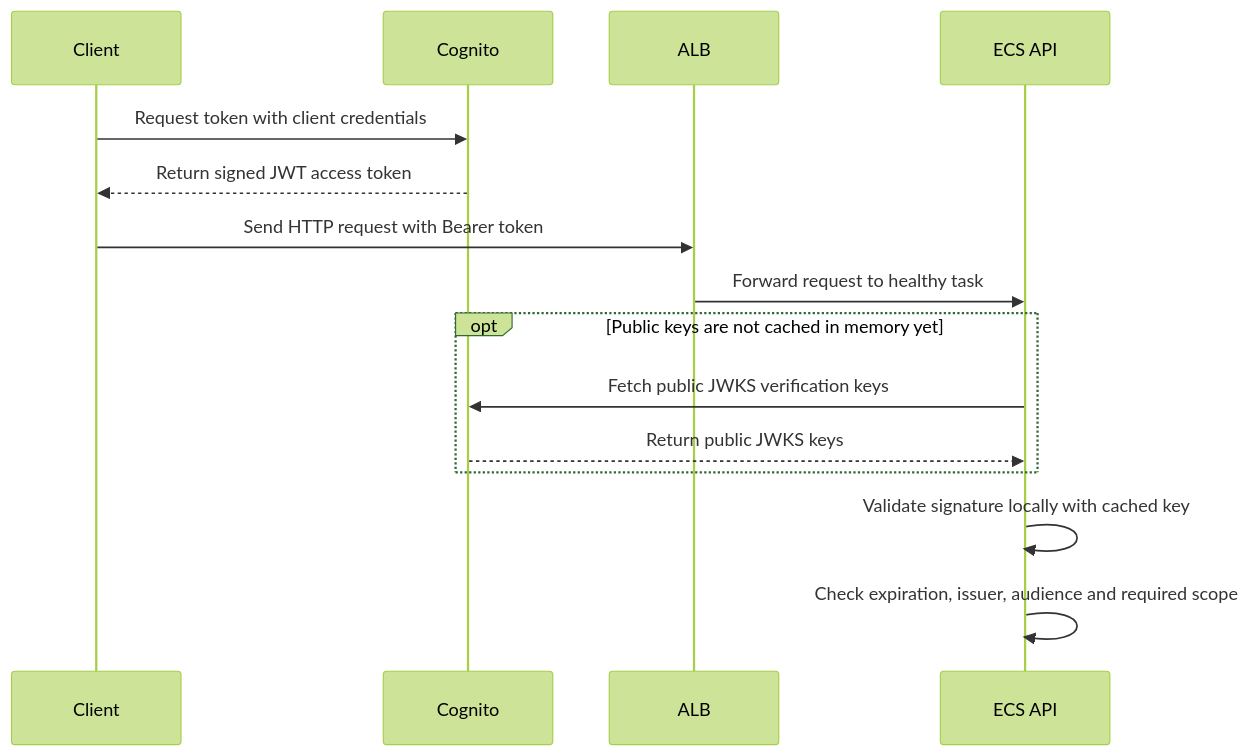
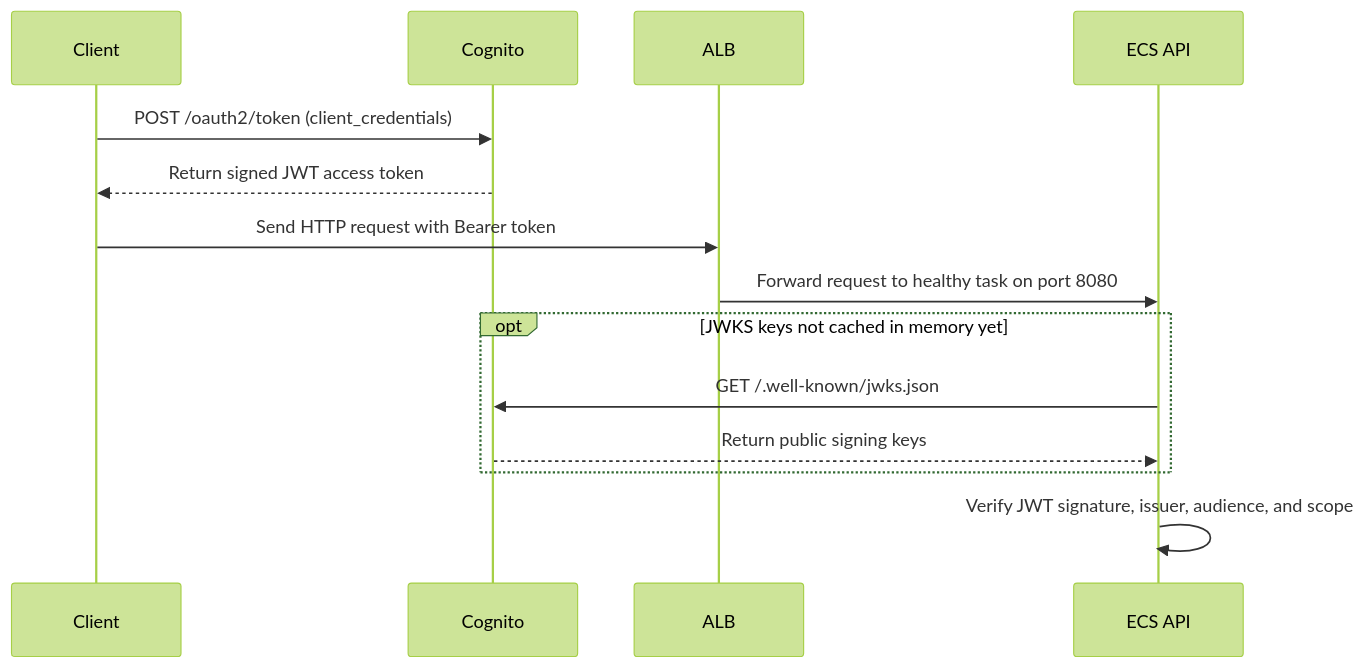
One commit to git-azeez/aw-az-01 changed the first of 8 diagrams in reasoning.md. Above: the diagram before and after it, drawn with Mermaid (forest theme). The commit also changed other lines of this file and 1 other file, not shown here.

````diff
--- a/reasoning.md
+++ b/reasoning.md
@@ -45,18 +45,17 @@
 ```mermaid
 sequenceDiagram
     participant Client
     participant Cognito
     participant ALB
     participant API as ECS API
 
-    Client->>Cognito: Request token with client credentials
+    Client->>Cognito: POST /oauth2/token (client_credentials)
     Cognito-->>Client: Return signed JWT access token
     Client->>ALB: Send HTTP request with Bearer token
-    ALB->>API: Forward request to healthy task
-    opt Public keys are not cached in memory yet
-        API->>Cognito: Fetch public JWKS verification keys
-        Cognito-->>API: Return public JWKS keys
+    ALB->>API: Forward request to healthy task on port 8080
+    opt JWKS keys not cached in memory yet
+        API->>Cognito: GET /.well-known/jwks.json
+        Cognito-->>API: Return public signing keys
     end
-    API->>API: Validate signature locally with cached key
-    API->>API: Check expiration, issuer, audience and required scope
+    API->>API: Verify JWT signature, issuer, audience, and scope
 ```
````
